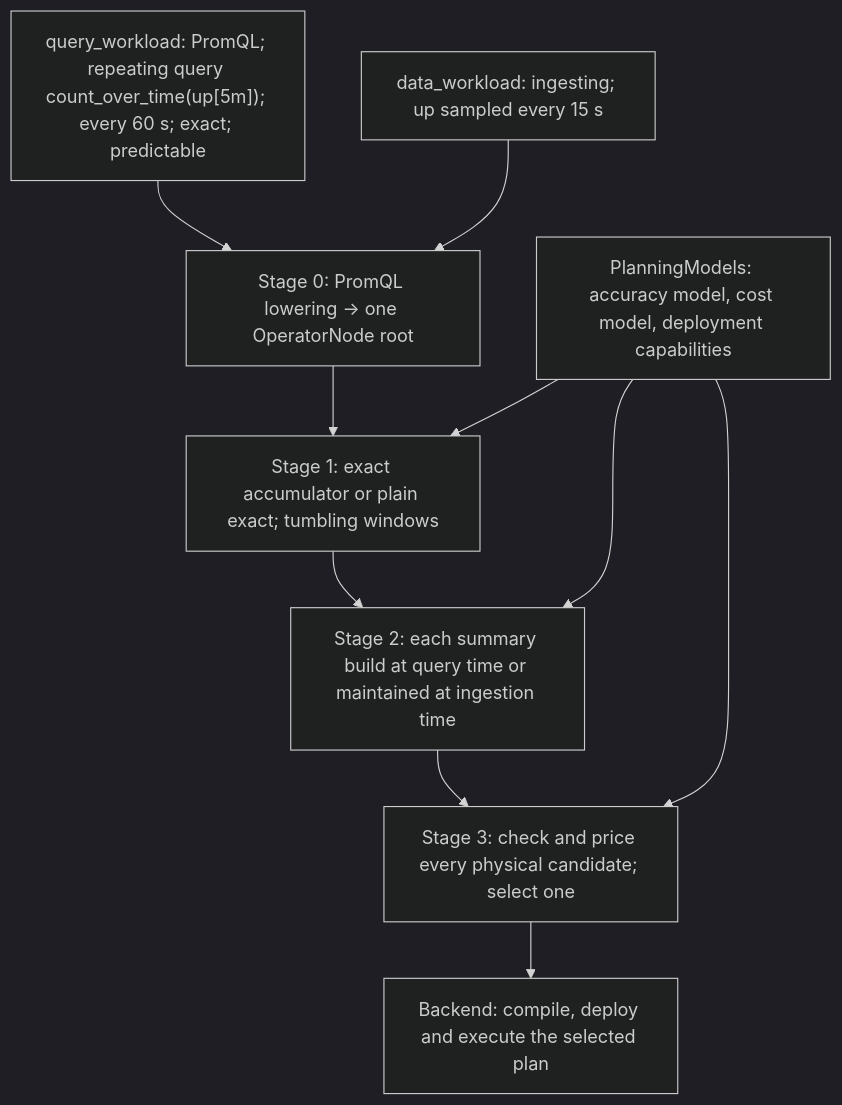
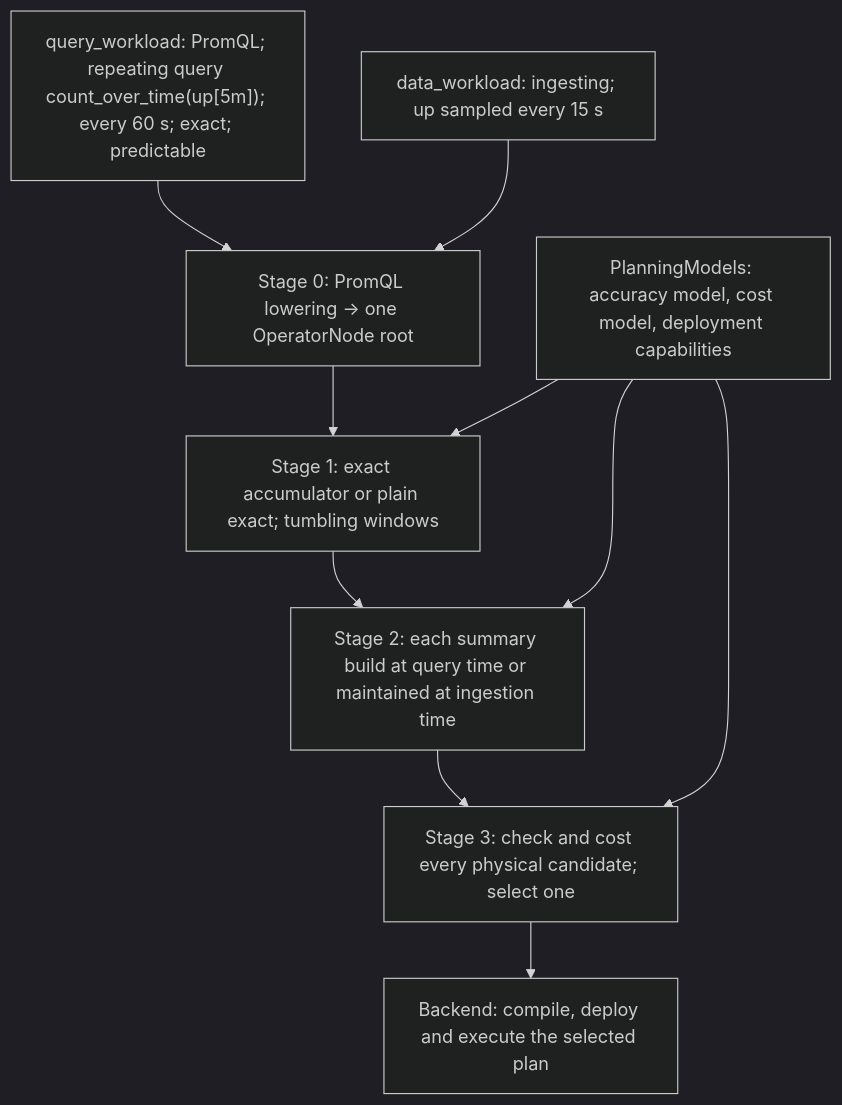
The diagram in docs/design_docs/architecture/input-output-workflow.md (ProjectASAP/ASAPPlanner), drawn with Mermaid (dark theme) before and after one commit. The commit also changed other lines of this file and 119 other files, not shown here.

````diff
--- a/docs/design_docs/architecture/input-output-workflow.md
+++ b/docs/design_docs/architecture/input-output-workflow.md
@@ -55,17 +55,17 @@
 ```mermaid
 flowchart TD
     Q["query_workload: PromQL; repeating query count_over_time(up[5m]); every 60 s; exact; predictable"]
     D["data_workload: ingesting; up sampled every 15 s"]
     M["PlanningModels: accuracy model, cost model, deployment capabilities"]
     F["Stage 0: PromQL lowering → one OperatorNode root"]
     S1["Stage 1: exact accumulator or plain exact; tumbling windows"]
     S2["Stage 2: each summary build at query time or maintained at ingestion time"]
-    S3["Stage 3: check and price every physical candidate; select one"]
+    S3["Stage 3: check and cost every physical candidate; select one"]
     B["Backend: compile, deploy and execute the selected plan"]
     Q --> F
     D --> F
     F --> S1 --> S2 --> S3 --> B
     M --> S1
     M --> S2
     M --> S3
 ```
````
